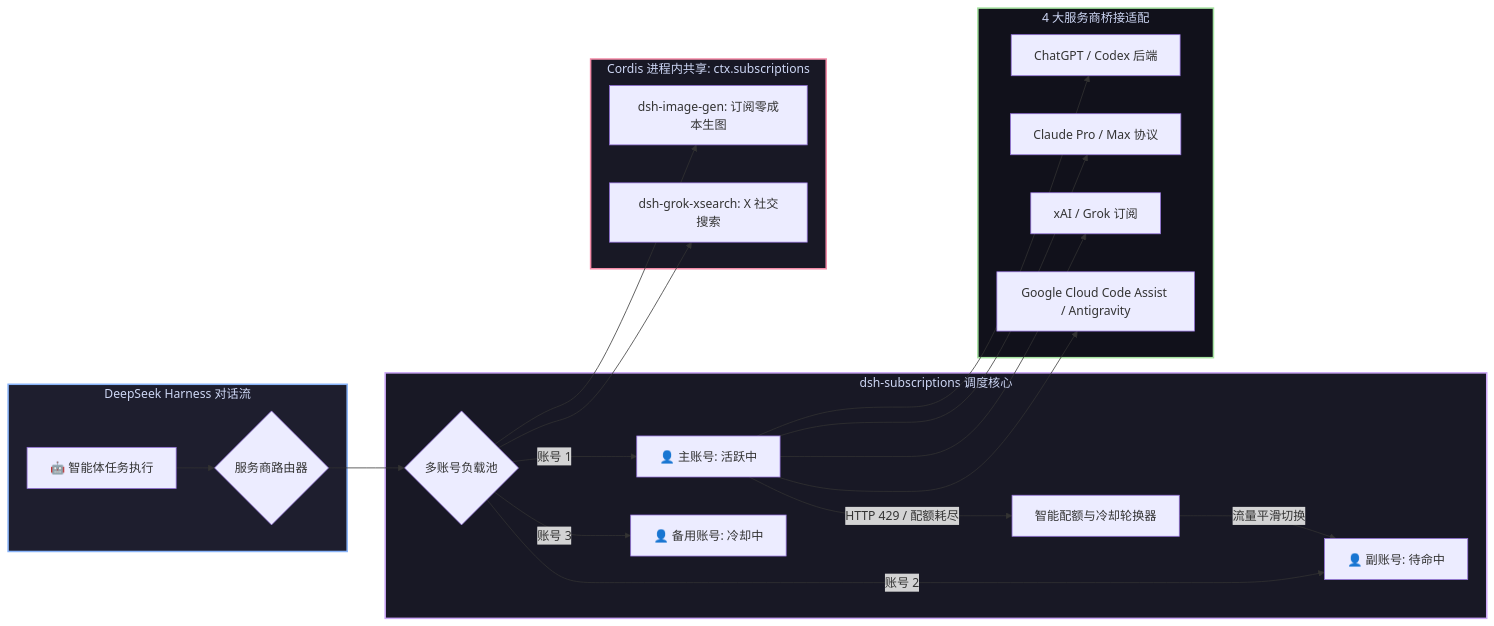
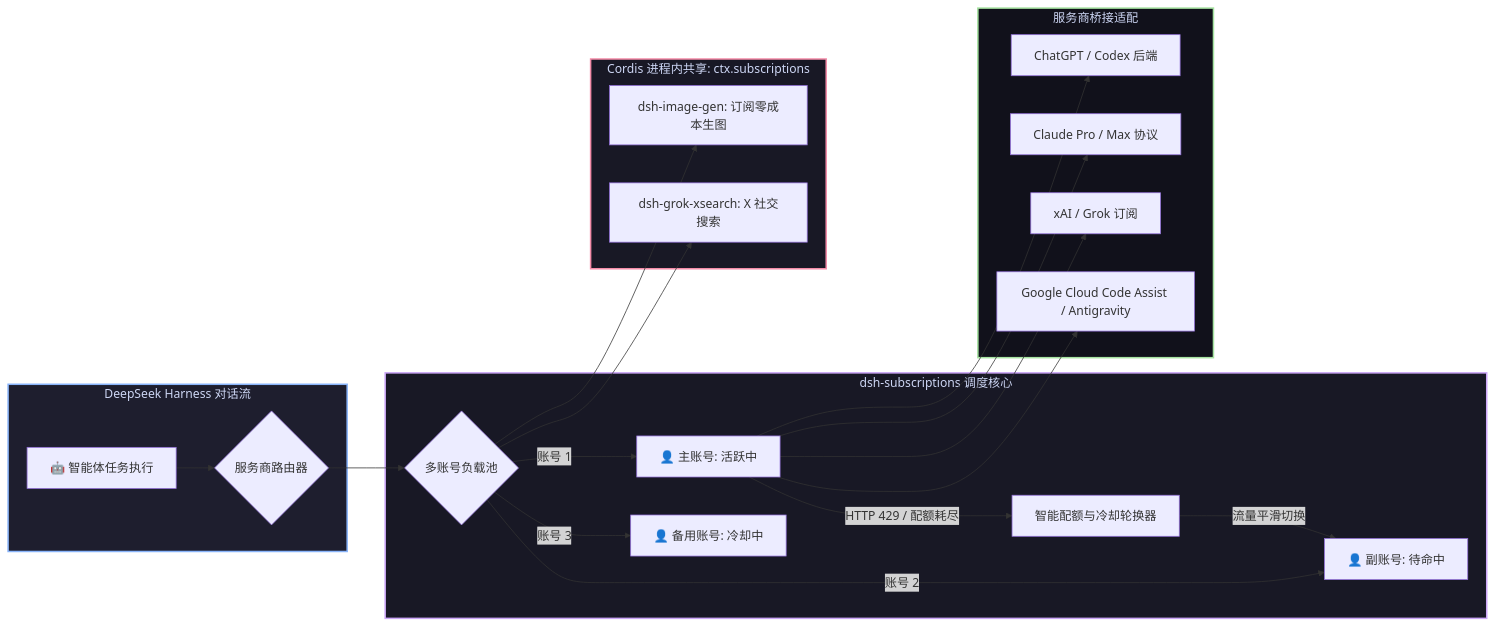
The diagram in README.zh.md (GooDAnDReaDY/dsh-subscriptions), drawn with Mermaid before and after one commit. The commit also changed other lines of this file and 8 other files, not shown here.

````diff
--- a/README.zh.md
+++ b/README.zh.md
@@ -34,32 +34,32 @@
 ```mermaid
 graph LR
     subgraph DSHCore [DeepSeek Harness 对话流]
         Agent[🤖 智能体任务执行] --> Router{服务商路由器}
     end
 
     subgraph SubscriptionsCore [dsh-subscriptions 调度核心]
         Router --> Pool{多账号负载池}
         Pool -->|账号 1| Acc1[👤 主账号: 活跃中]
         Pool -->|账号 2| Acc2[👤 副账号: 待命中]
         Pool -->|账号 3| Acc3[👤 备用账号: 冷却中]
         Acc1 -->|HTTP 429 / 配额耗尽| Rotate[智能配额与冷却轮换器]
         Rotate -->|流量平滑切换| Acc2
     end
 
-    subgraph VendorBridges [4 大服务商桥接适配]
+    subgraph VendorBridges [服务商桥接适配]
         Acc1 --> B1[ChatGPT / Codex 后端]
         Acc1 --> B2[Claude Pro / Max 协议]
         Acc1 --> B3[xAI / Grok 订阅]
         Acc1 --> B4[Google Cloud Code Assist / Antigravity]
     end
 
     subgraph EcosystemBridge [Cordis 进程内共享: ctx.subscriptions]
         Pool --> ImgGen[dsh-image-gen: 订阅零成本生图]
         Pool --> XSearch[dsh-grok-xsearch: X 社交搜索]
     end
 
     style DSHCore fill:#1e1e2e,stroke:#89b4fa,stroke-width:2px,color:#cdd6f4
     style SubscriptionsCore fill:#181825,stroke:#cba6f7,stroke-width:2px,color:#cdd6f4
     style VendorBridges fill:#11111b,stroke:#a6e3a1,stroke-width:2px,color:#cdd6f4
     style EcosystemBridge fill:#181825,stroke:#f38ba8,stroke-width:2px,color:#cdd6f4
 ```
````
